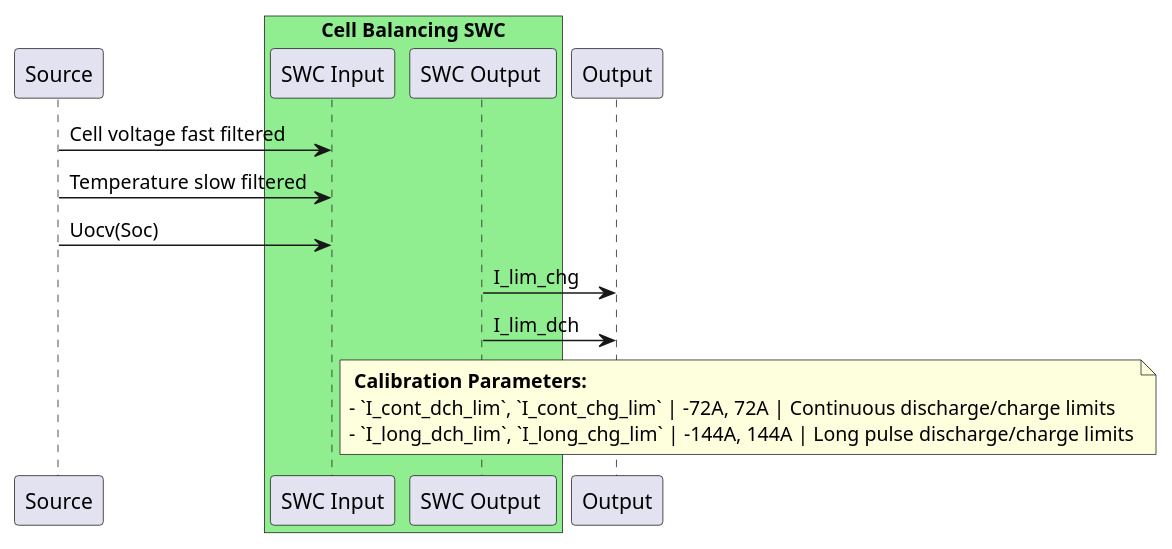
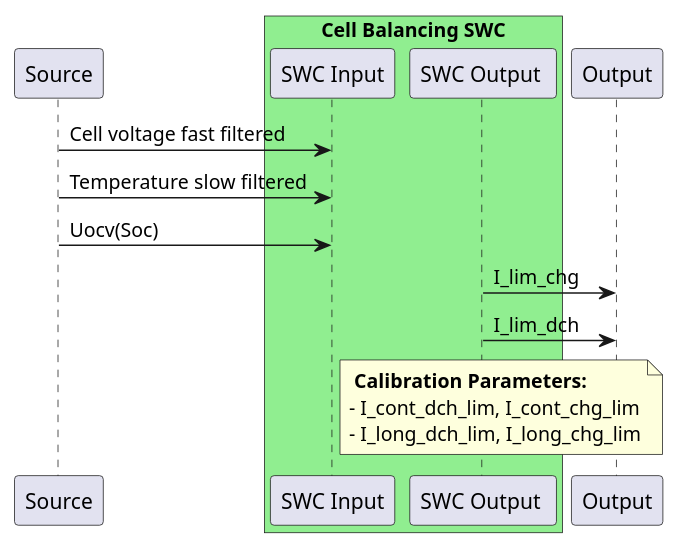
One commit to Simtestlab/atlas changed the diagram in simtestlab/SoftwareSpecifiactions/ApplicationSoftware/Current Limits.md. Above: the diagram before and after it, drawn with PlantUML. The commit also changed other lines of this file, not shown here.

Commit message:
Update Current Limits.md

````diff
--- a/simtestlab/SoftwareSpecifiactions/ApplicationSoftware/Current Limits.md
+++ b/simtestlab/SoftwareSpecifiactions/ApplicationSoftware/Current Limits.md
@@ -1,32 +7,32 @@
 ```puml
 @startuml
 
 ' External signal sources (left)
 participant "Source" as Inputs
 
 ' SWC in the middle   
 box "Cell Balancing SWC" #LightGreen
   participant "SWC Input" as In
   participant "SWC Output " as Out
 
 end box
 
 ' Signals into SWC ############################# EDIT ONLY HERE #############################
 Inputs -> In : Cell voltage fast filtered
 Inputs -> In : Temperature slow filtered
 Inputs -> In : Uocv(Soc)
 
 ' Signals from SWC ##########################  EDIT ONLY HERE ################################
 Out -> Output : I_lim_chg
 Out -> Output : I_lim_dch
 
 
 ' Signals from SWC ##########################  EDIT ONLY HERE ################################
 note right of In 
     <b> Calibration Parameters:</b>
-    - `I_cont_dch_lim`, `I_cont_chg_lim` | -72A, 72A | Continuous discharge/charge limits
-    - `I_long_dch_lim`, `I_long_chg_lim` | -144A, 144A | Long pulse discharge/charge limits
+    - I_cont_dch_lim, I_cont_chg_lim
+    - I_long_dch_lim, I_long_chg_lim
 end note
 @enduml
 
 ```
````
